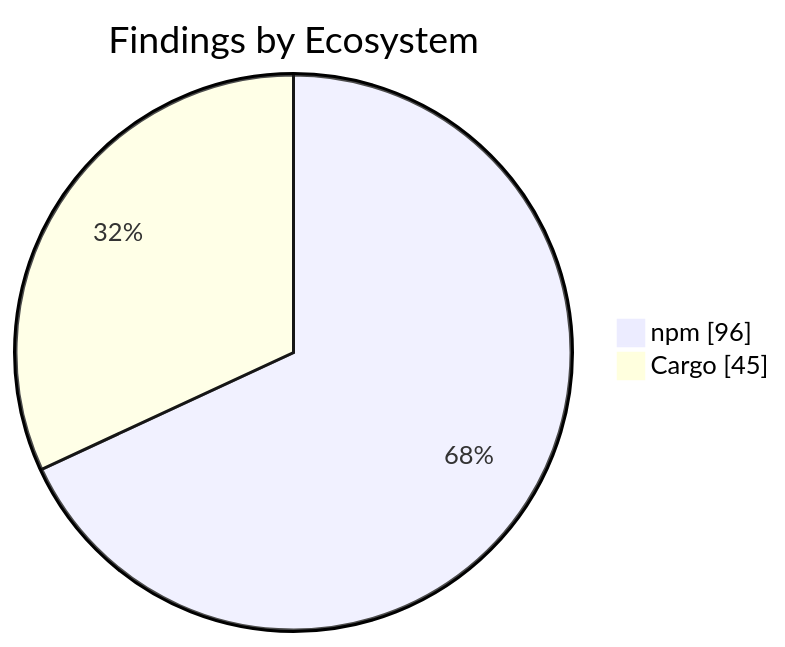
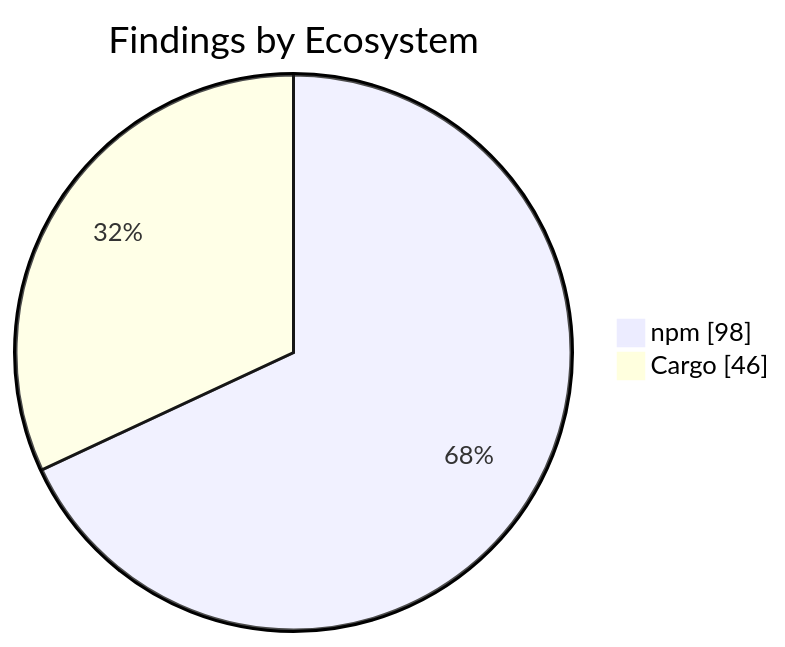
Before and after one commit to KBVE/kbve: the second of 2 diagrams in apps/kbve/astro-kbve/src/content/docs/dashboard/security.mdx, drawn with Mermaid. The commit also changed other lines of this file and 1 other file, not shown here.

````diff
--- a/apps/kbve/astro-kbve/src/content/docs/dashboard/security.mdx
+++ b/apps/kbve/astro-kbve/src/content/docs/dashboard/security.mdx
@@ -159,6 +159,6 @@
 ```mermaid
 pie showData
     title Findings by Ecosystem
-    "npm" : 96
-    "Cargo" : 45
+    "npm" : 98
+    "Cargo" : 46
 ```
````
